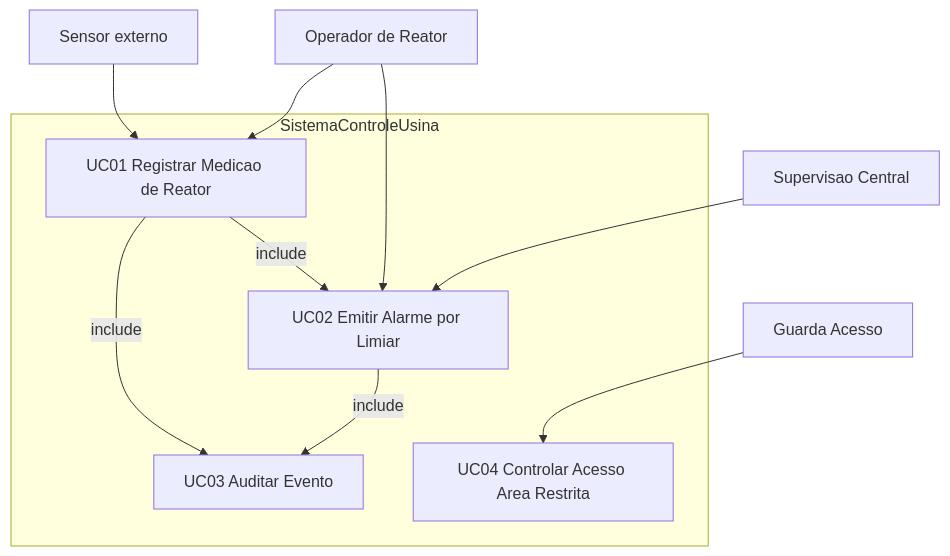
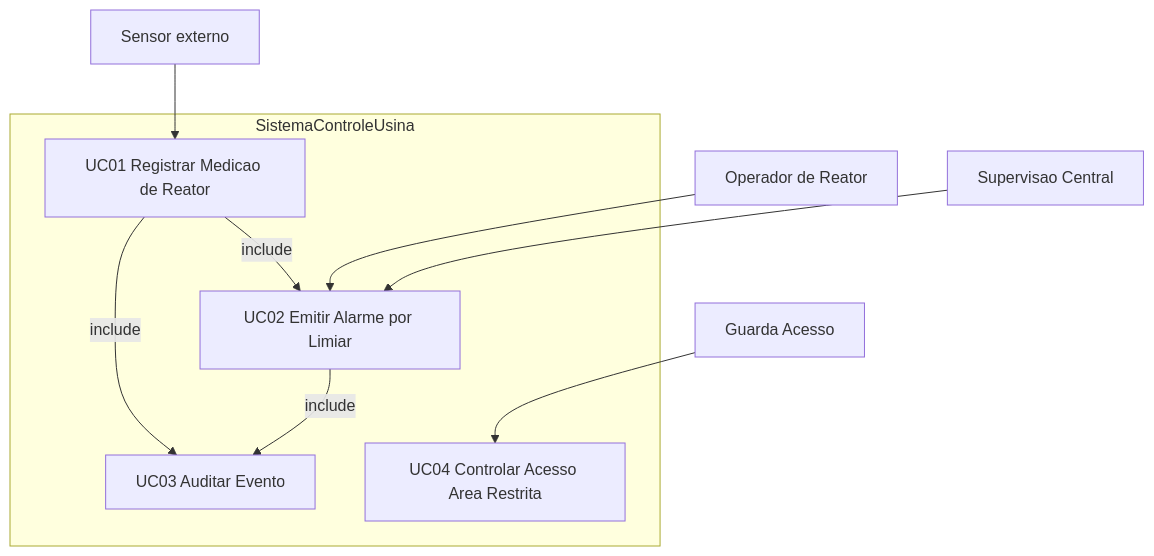
One commit to rlampago22/RP-IV changed the diagram in docs/marco1/05-casos-uso-mvp.md. Above: the diagram before and after it, drawn with Mermaid. The commit also changed other lines of this file and 3 other files, not shown here.

````diff
--- a/docs/marco1/05-casos-uso-mvp.md
+++ b/docs/marco1/05-casos-uso-mvp.md
@@ -12,21 +12,20 @@
 ```mermaid
 flowchart TB
   subgraph boundary [SistemaControleUsina]
     UC01[UC01 Registrar Medicao de Reator]
     UC02[UC02 Emitir Alarme por Limiar]
     UC03[UC03 Auditar Evento]
     UC04[UC04 Controlar Acesso Area Restrita]
     UC01 -->|include| UC02
     UC01 -->|include| UC03
     UC02 -->|include| UC03
   end
   Sensor[Sensor externo]
   Operador[Operador de Reator]
   Supervisao[Supervisao Central]
   Guarda[Guarda Acesso]
   Sensor --> UC01
-  Operador --> UC01
   Operador --> UC02
   Supervisao --> UC02
   Guarda --> UC04
 ```
````
